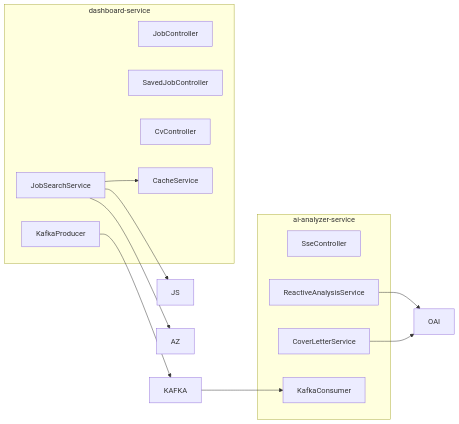
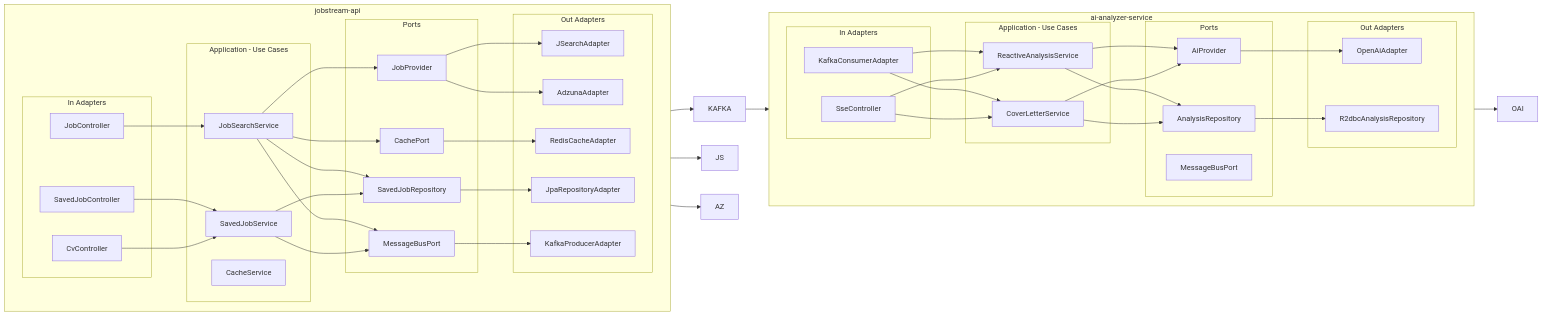
The second of 5 diagrams in docs/architecture-spine.md (JuB3ll3c/jobstream-bmad), drawn with Mermaid before and after one commit. The commit also changed other lines of this file and 2 other files, not shown here.

Commit message:
Fix: Fix name service in architecture spine + add ADR 10 + add mention to BMAD in README.md

````diff
--- a/docs/architecture-spine.md
+++ b/docs/architecture-spine.md
@@ -63,26 +63,80 @@
 ```mermaid
 flowchart LR
-    subgraph dashboard-service
-        JOB_CTRL[JobController]
-        SAVED_CTRL[SavedJobController]
-        CV_CTRL[CvController]
-        JOB_SVC[JobSearchService]
-        CACHE_SVC[CacheService]
-        KAFKA_PROD[KafkaProducer]
+    subgraph jobstream-api
+        direction LR
+        subgraph app_dash[Application - Use Cases]
+            JOB_SVC[JobSearchService]
+            SAVED_SVC[SavedJobService]
+            CACHE_SVC[CacheService]
+        end
+        subgraph ports_dash[Ports]
+            JOB_PROVIDER[JobProvider]
+            CACHE_PORT[CachePort]
+            SAVED_REPO[SavedJobRepository]
+            BUS_PORT_DASH[MessageBusPort]
+        end
+        subgraph in_dash[In Adapters]
+            JOB_CTRL[JobController]
+            SAVED_CTRL[SavedJobController]
+            CV_CTRL[CvController]
+        end
+        subgraph out_dash[Out Adapters]
+            JS_ADP[JSearchAdapter]
+            AZ_ADP[AdzunaAdapter]
+            REDIS_ADP[RedisCacheAdapter]
+            JPA_ADP[JpaRepositoryAdapter]
+            KAFKA_PROD_ADP[KafkaProducerAdapter]
+        end
     end
 
     subgraph ai-analyzer-service
-        SSE_CTRL[SseController]
-        ANALYSIS_SVC[ReactiveAnalysisService]
-        COVER_SVC[CoverLetterService]
-        KAFKA_CONS[KafkaConsumer]
+        direction LR
+        subgraph app_ana[Application - Use Cases]
+            ANALYSIS_SVC[ReactiveAnalysisService]
+            COVER_SVC[CoverLetterService]
+        end
+        subgraph ports_ana[Ports]
+            AI_PROVIDER[AiProvider]
+            ANALYSIS_REPO[AnalysisRepository]
+            BUS_PORT_ANA[MessageBusPort]
+        end
+        subgraph in_ana[In Adapters]
+            SSE_CTRL[SseController]
+            KAFKA_CONS_ADP[KafkaConsumerAdapter]
+        end
+        subgraph out_ana[Out Adapters]
+            OPENAI_ADP[OpenAiAdapter]
+            R2DBC_ADP[R2dbcAnalysisRepository]
+        end
     end
 
-    JOB_SVC --> CACHE_SVC
-    JOB_SVC --> JS
-    JOB_SVC --> AZ
-    KAFKA_PROD --> KAFKA
-    KAFKA --> KAFKA_CONS
-    ANALYSIS_SVC --> OAI
-    COVER_SVC --> OAI
+    JOB_CTRL --> JOB_SVC
+    SAVED_CTRL --> SAVED_SVC
+    CV_CTRL --> SAVED_SVC
+    JOB_SVC --> JOB_PROVIDER
+    JOB_SVC --> CACHE_PORT
+    JOB_SVC --> SAVED_REPO
+    JOB_SVC --> BUS_PORT_DASH
+    SAVED_SVC --> SAVED_REPO
+    SAVED_SVC --> BUS_PORT_DASH
+    JOB_PROVIDER --> JS_ADP
+    JOB_PROVIDER --> AZ_ADP
+    CACHE_PORT --> REDIS_ADP
+    SAVED_REPO --> JPA_ADP
+    BUS_PORT_DASH --> KAFKA_PROD_ADP
+    KAFKA_PROD_ADP --> KAFKA
+    KAFKA --> KAFKA_CONS_ADP
+    KAFKA_CONS_ADP --> ANALYSIS_SVC
+    KAFKA_CONS_ADP --> COVER_SVC
+    SSE_CTRL --> ANALYSIS_SVC
+    SSE_CTRL --> COVER_SVC
+    ANALYSIS_SVC --> AI_PROVIDER
+    ANALYSIS_SVC --> ANALYSIS_REPO
+    COVER_SVC --> AI_PROVIDER
+    COVER_SVC --> ANALYSIS_REPO
+    AI_PROVIDER --> OPENAI_ADP
+    ANALYSIS_REPO --> R2DBC_ADP
+    JS_ADP --> JS
+    AZ_ADP --> AZ
+    OPENAI_ADP --> OAI
 ```
````
